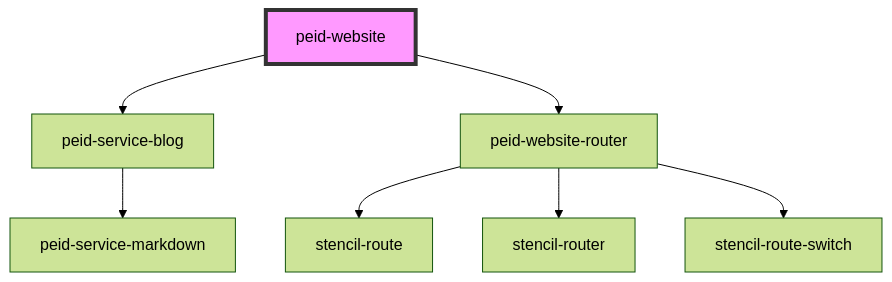
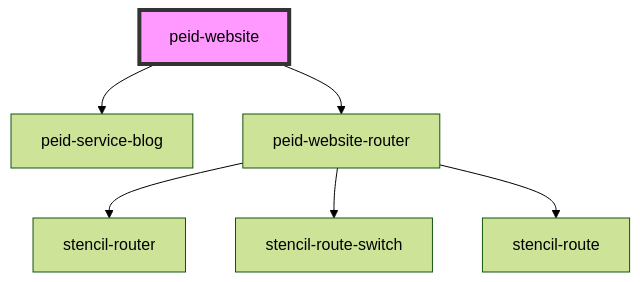
One commit to peidesign/princeedwardisland.design changed the diagram in packages/website/src/app/readme.md. Above: the diagram before and after it, drawn with Mermaid (forest theme). The commit also changed 3 other files, not shown here.

````diff
--- a/packages/website/src/app/readme.md
+++ b/packages/website/src/app/readme.md
@@ -16,10 +16,9 @@
 ```mermaid
 graph TD;
   peid-website --> peid-service-blog
   peid-website --> peid-website-router
-  peid-service-blog --> peid-service-markdown
-  peid-website-router --> stencil-route
   peid-website-router --> stencil-router
   peid-website-router --> stencil-route-switch
+  peid-website-router --> stencil-route
   style peid-website fill:#f9f,stroke:#333,stroke-width:4px
 ```
````
